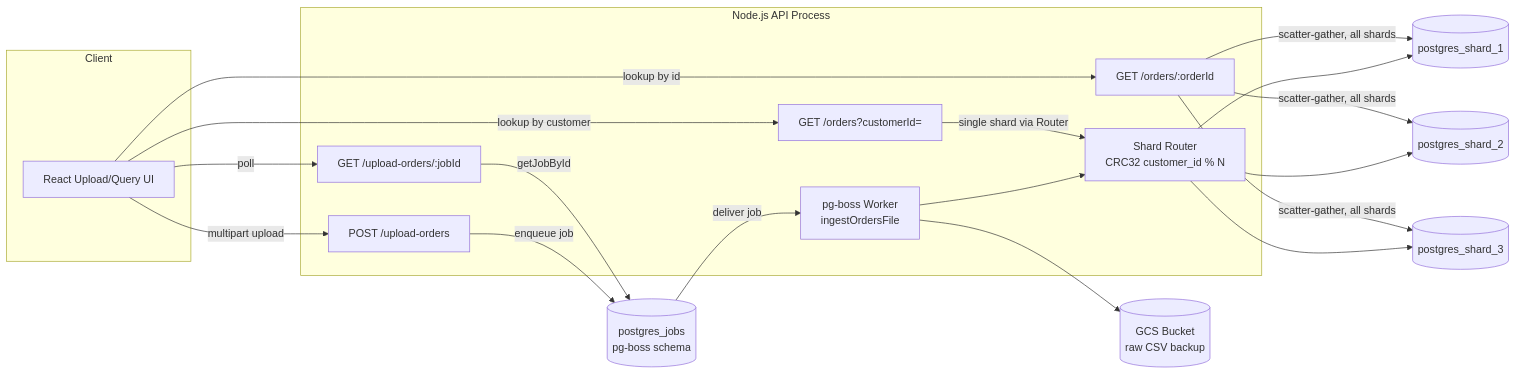
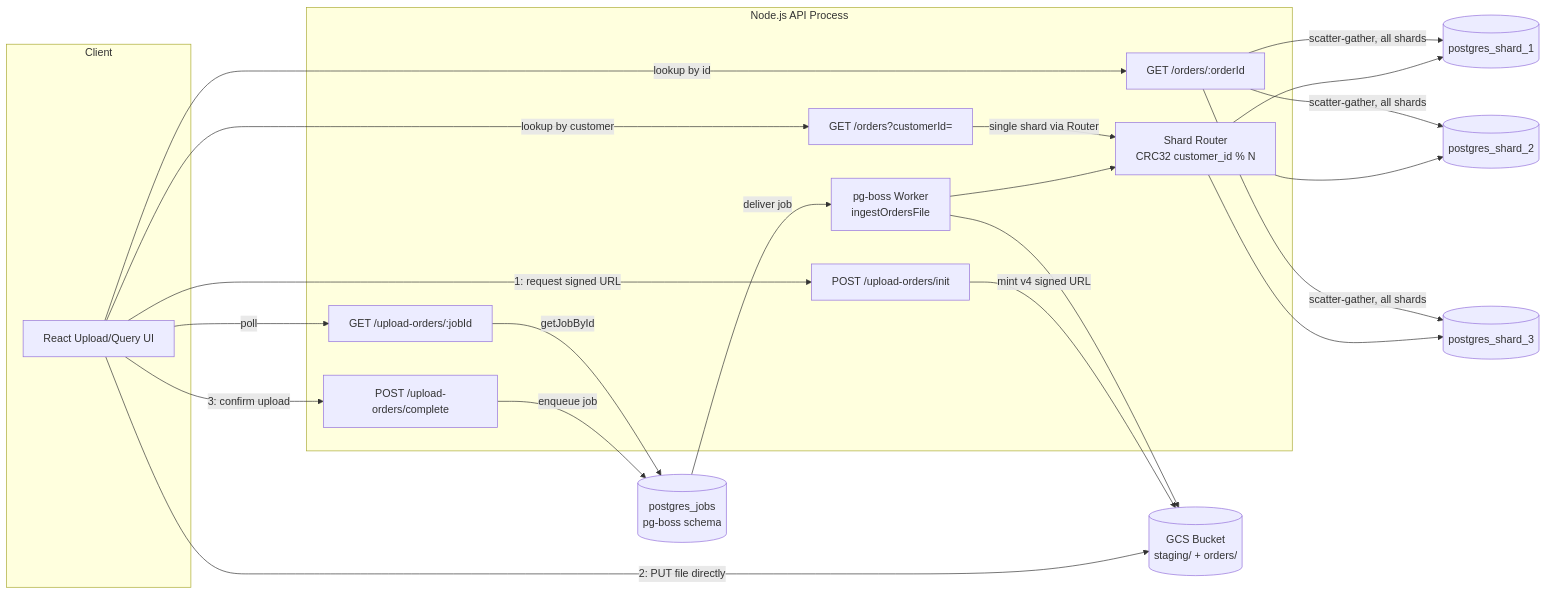
One commit to Chavda-Mitul/csv-parser changed the second of 2 diagrams in ARCHITECTURE.md. Above: the diagram before and after it, drawn with Mermaid. The commit also changed other lines of this file and 4 other files, not shown here.

Commit message:
fix Use server-side GCS copy for backup, add job concurrency

````diff
--- a/ARCHITECTURE.md
+++ b/ARCHITECTURE.md
@@ -68,38 +72,42 @@
 ```mermaid
 flowchart LR
     subgraph Client
         UI[React Upload/Query UI]
     end
 
     subgraph API_Process["Node.js API Process"]
-        EP1[POST /upload-orders]
+        EP0[POST /upload-orders/init]
+        EP1[POST /upload-orders/complete]
         EP2[GET /upload-orders/:jobId]
         EP3[GET /orders/:orderId]
         EP4[GET /orders?customerId=]
         Router[Shard Router\nCRC32 customer_id % N]
         Worker[pg-boss Worker\ningestOrdersFile]
     end
 
     JobsDB[(postgres_jobs\npg-boss schema)]
-    GCS[(GCS Bucket\nraw CSV backup)]
+    GCS[(GCS Bucket\nstaging/ + orders/)]
     S1[(postgres_shard_1)]
     S2[(postgres_shard_2)]
     S3[(postgres_shard_3)]
 
-    UI -->|multipart upload| EP1
+    UI -->|1: request signed URL| EP0
+    EP0 -->|mint v4 signed URL| GCS
+    UI -->|2: PUT file directly| GCS
+    UI -->|3: confirm upload| EP1
     UI -->|poll| EP2
     UI -->|lookup by id| EP3
     UI -->|lookup by customer| EP4
 
     EP1 -->|enqueue job| JobsDB
     EP2 -->|getJobById| JobsDB
     JobsDB -->|deliver job| Worker
     Worker --> GCS
     Worker --> Router
     Router --> S1
     Router --> S2
     Router --> S3
 
     EP3 -->|scatter-gather, all shards| S1 & S2 & S3
     EP4 -->|single shard via Router| Router
 ```
````
